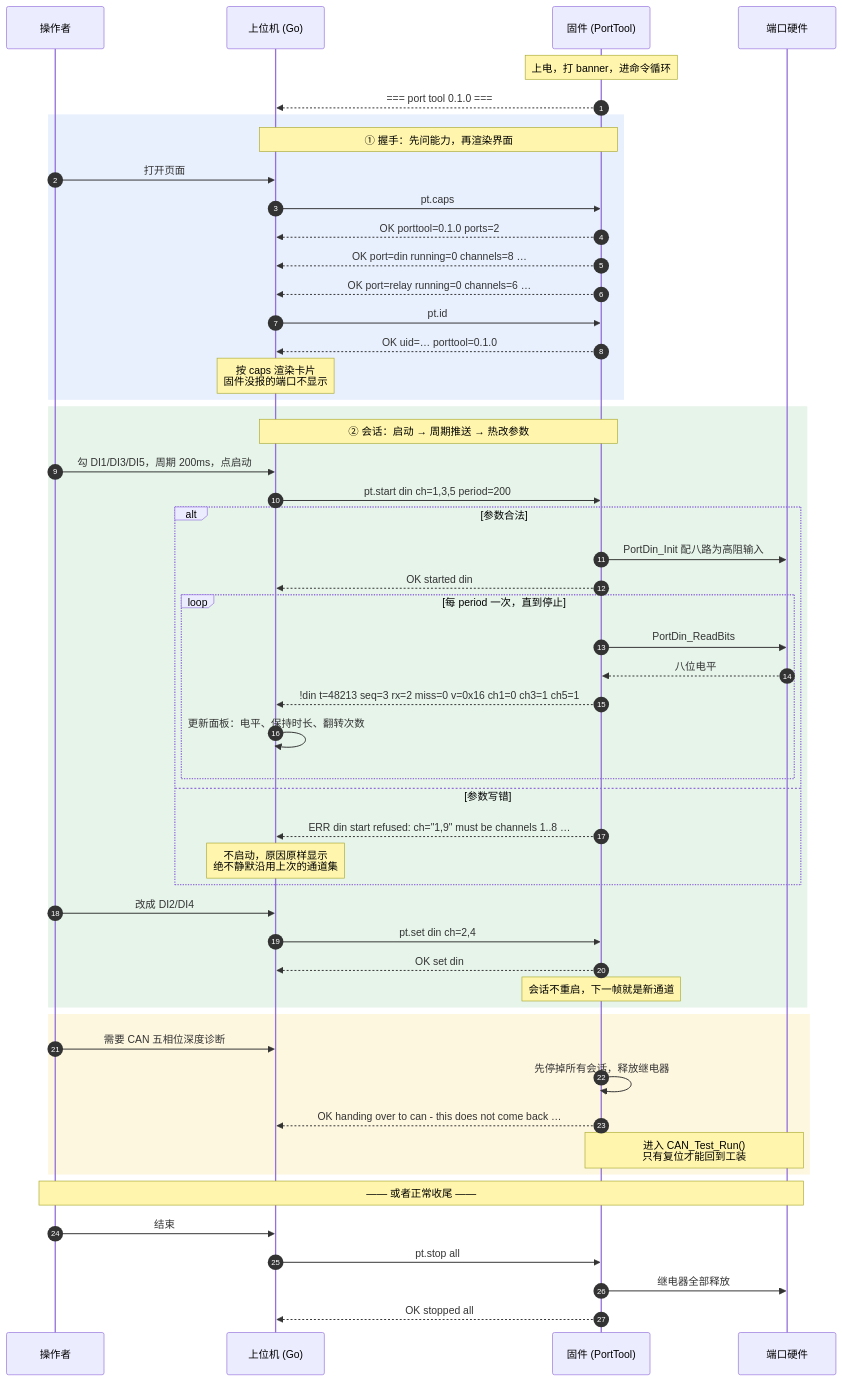
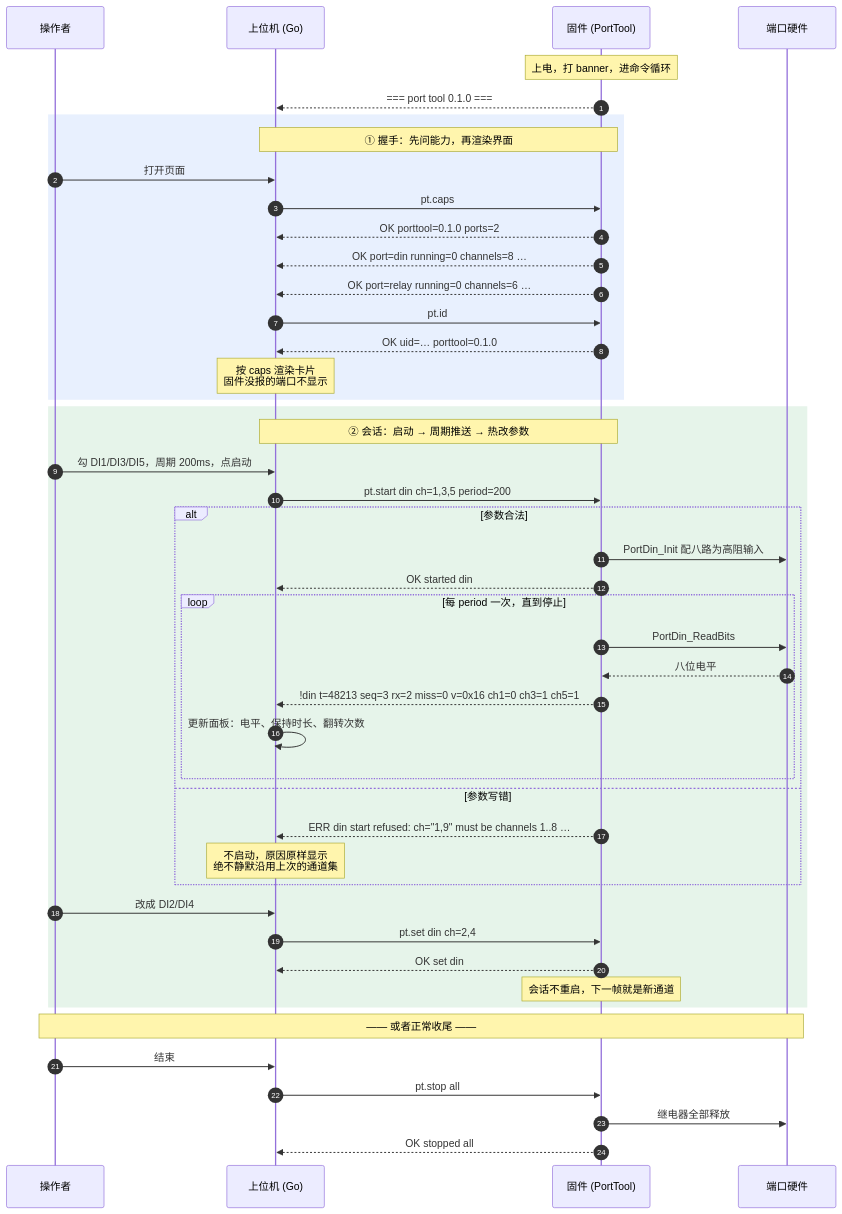
Before and after one commit to haliboteda/OpenPLC_Docs: the second of 8 diagrams in docs/modules/M4/PORTTOOL-FLOW.md, drawn with Mermaid. The commit also changed other lines of this file and 82 other files, not shown here.

````diff
--- a/docs/modules/M4/PORTTOOL-FLOW.md
+++ b/docs/modules/M4/PORTTOOL-FLOW.md
@@ -319,60 +379,53 @@
 ```mermaid
 sequenceDiagram
     autonumber
     participant U as 操作者
     participant PC as 上位机 (Go)
     participant FW as 固件 (PortTool)
     participant HW as 端口硬件
 
     Note over FW: 上电，打 banner，进命令循环
     FW-->>PC: === port tool 0.1.0 ===
 
     rect rgb(232, 240, 254)
     Note over PC,FW: ① 握手：先问能力，再渲染界面
     U->>PC: 打开页面
     PC->>FW: pt.caps
     FW-->>PC: OK porttool=0.1.0 ports=2
     FW-->>PC: OK port=din running=0 channels=8 …
     FW-->>PC: OK port=relay running=0 channels=6 …
     PC->>FW: pt.id
     FW-->>PC: OK uid=… porttool=0.1.0
     Note over PC: 按 caps 渲染卡片<br/>固件没报的端口不显示
     end
 
     rect rgb(230, 244, 234)
     Note over PC,FW: ② 会话：启动 → 周期推送 → 热改参数
     U->>PC: 勾 DI1/DI3/DI5，周期 200ms，点启动
     PC->>FW: pt.start din ch=1,3,5 period=200
     alt 参数合法
         FW->>HW: PortDin_Init 配八路为高阻输入
         FW-->>PC: OK started din
         loop 每 period 一次，直到停止
             FW->>HW: PortDin_ReadBits
             HW-->>FW: 八位电平
             FW-->>PC: !din t=48213 seq=3 rx=2 miss=0 v=0x16 ch1=0 ch3=1 ch5=1
             PC->>PC: 更新面板：电平、保持时长、翻转次数
         end
     else 参数写错
         FW-->>PC: ERR din start refused: ch="1,9" must be channels 1..8 …
         Note over PC: 不启动，原因原样显示<br/>绝不静默沿用上次的通道集
     end
 
     U->>PC: 改成 DI2/DI4
     PC->>FW: pt.set din ch=2,4
     FW-->>PC: OK set din
     Note over FW: 会话不重启，下一帧就是新通道
     end
 
-    rect rgb(254, 247, 224)
-    U->>PC: 需要 CAN 五相位深度诊断
-    FW->>FW: 先停掉所有会话，释放继电器
-    FW-->>PC: OK handing over to can - this does not come back …
-    Note over FW,HW: 进入 CAN_Test_Run()<br/>只有复位才能回到工装
-    end
-
     Note over U,HW: —— 或者正常收尾 ——
     U->>PC: 结束
     PC->>FW: pt.stop all
     FW->>HW: 继电器全部释放
     FW-->>PC: OK stopped all
 ```
````
